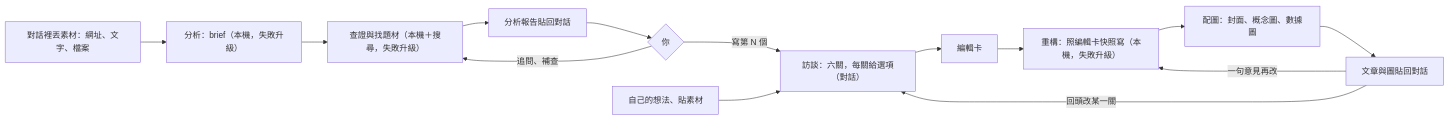
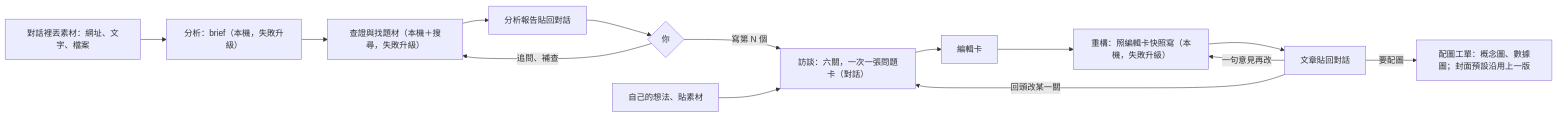
Before and after one commit to Zenobia000/evidence-forge: the diagram in docs/10-truth/requirements/prd.md, drawn with Mermaid. The commit also changed other lines of this file and 9 other files, not shown here.

````diff
--- a/docs/10-truth/requirements/prd.md
+++ b/docs/10-truth/requirements/prd.md
@@ -25,16 +25,16 @@
 ```mermaid
 flowchart LR
     A["對話裡丟素材：網址、文字、檔案"] --> B["分析：brief（本機，失敗升級）"]
     B --> C["查證與找題材（本機＋搜尋，失敗升級）"]
     C --> D["分析報告貼回對話"]
     D --> E{"你"}
     E -- "追問、補查" --> C
-    E -- "寫第 N 個" --> I["訪談：六關，每關給選項（對話）"]
+    E -- "寫第 N 個" --> I["訪談：六關，一次一張問題卡（對話）"]
     H["自己的想法、貼素材"] --> I
     I --> K["編輯卡"]
     K --> F["重構：照編輯卡快照寫（本機，失敗升級）"]
-    F --> J["配圖：封面、概念圖、數據圖"]
-    J --> G["文章與圖貼回對話"]
+    F --> G["文章貼回對話"]
+    G -- "要配圖" --> J["配圖工單：概念圖、數據圖；封面預設沿用上一版"]
     G -- "一句意見再改" --> F
     G -- "回頭改某一關" --> I
 ```
````
